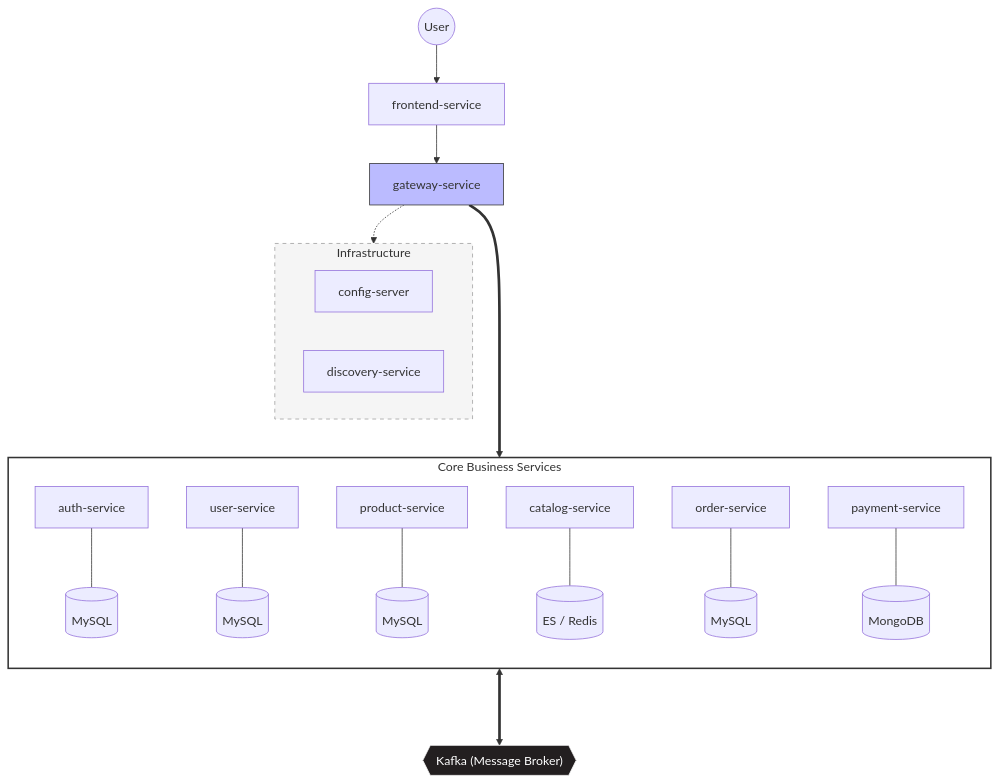
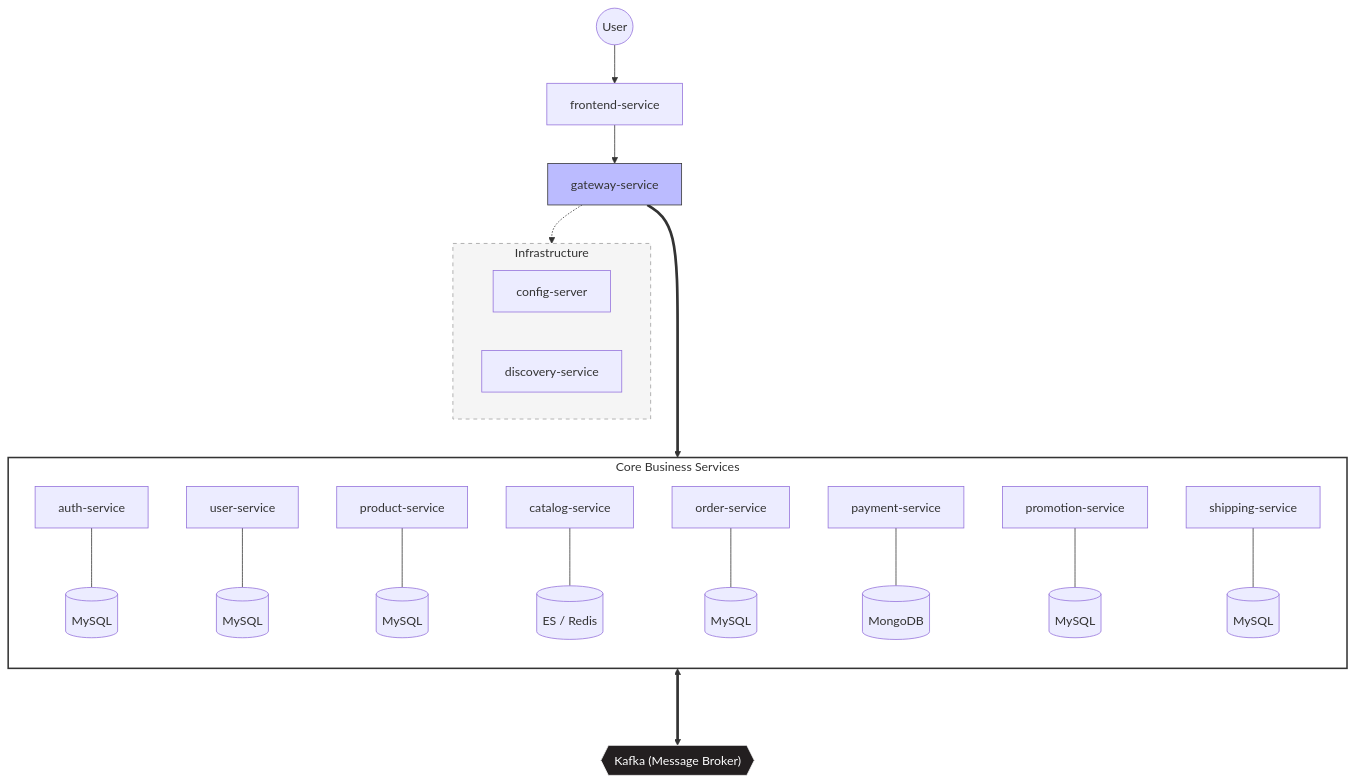
One commit to gr1993/ecommerce-msa changed the first of 7 diagrams in README.md. Above: the diagram before and after it, drawn with Mermaid. The commit also changed other lines of this file, not shown here.

````diff
--- a/README.md
+++ b/README.md
@@ -12,48 +12,52 @@
 ```mermaid
 flowchart TD
     %% 사용자 및 프론트엔드
     User((User)) --> FE[frontend-service]
     FE --> GW[gateway-service]
 
     %% 인프라 서비스
     subgraph Infrastructure ["Infrastructure"]
         Config[config-server]
         Discovery[discovery-service]
     end
 
     GW -.-> Infrastructure
 
     %% 비즈니스 서비스 그룹 (박스 자체와 연결)
     subgraph Core_Services ["Core Business Services"]
         direction TB
         Auth[auth-service] --- AuthDB[(MySQL)]
         UserS[user-service] --- UserDB[(MySQL)]
         Prod[product-service] --- ProdDB[(MySQL)]
         Cat[catalog-service] --- CatES[(ES / Redis)]
         Order[order-service] --- OrderDB[(MySQL)]
         Pay[payment-service] --- PayDB[(MongoDB)]
+        Promo[promotion-service] --- PromotionDB[(MySQL)]
+        Ship[shipping-service] --- ShipDB[(MySQL)]
     end
 
     %% 중앙 메시지 브로커
     Kafka{{"Kafka (Message Broker)"}}
 
     %% 개별 서비스가 아닌 박스(그룹) 단위로 연결
     GW ===> Core_Services
     Core_Services <===> Kafka
 
     %% 스타일 설정
     style Kafka fill:#231F20,stroke:#FFF,color:#FFF
     style Infrastructure fill:#f5f5f5,stroke:#9e9e9e,stroke-dasharray: 5 5
     style GW fill:#bbf,stroke:#333
     style Core_Services fill:#fff,stroke:#333,stroke-width:2px
 
     %% 클릭 링크
     click FE "https://github.com/gr1993/ecommerce-msa/tree/main/service/frontend-service"
     click GW "https://github.com/gr1993/ecommerce-msa/tree/main/service/gateway-service"
     click Auth "https://github.com/gr1993/ecommerce-msa/tree/main/service/auth-service"
     click UserS "https://github.com/gr1993/ecommerce-msa/tree/main/service/user-service"
     click Prod "https://github.com/gr1993/ecommerce-msa/tree/main/service/product-service"
     click Cat "https://github.com/gr1993/ecommerce-msa/tree/main/service/catalog-service"
     click Order "https://github.com/gr1993/ecommerce-msa/tree/main/service/order-service"
     click Pay "https://github.com/gr1993/ecommerce-msa/tree/main/service/payment-service"
+    click Promo "https://github.com/gr1993/ecommerce-msa/tree/main/service/promotion-service"
+    click Ship "https://github.com/gr1993/ecommerce-msa/tree/main/service/shipping-service"
 ```
````
